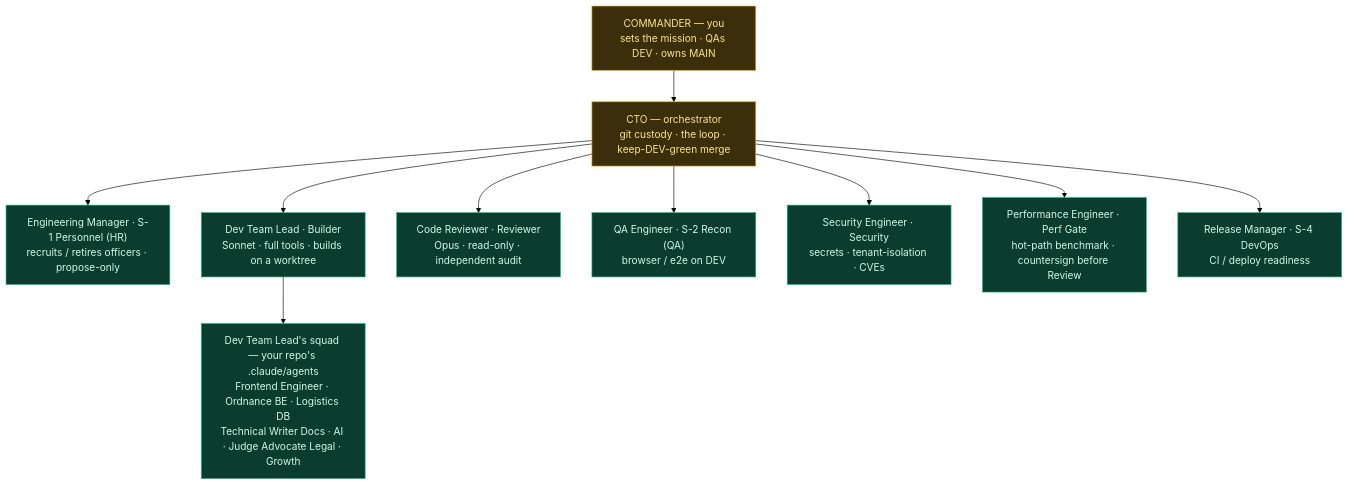
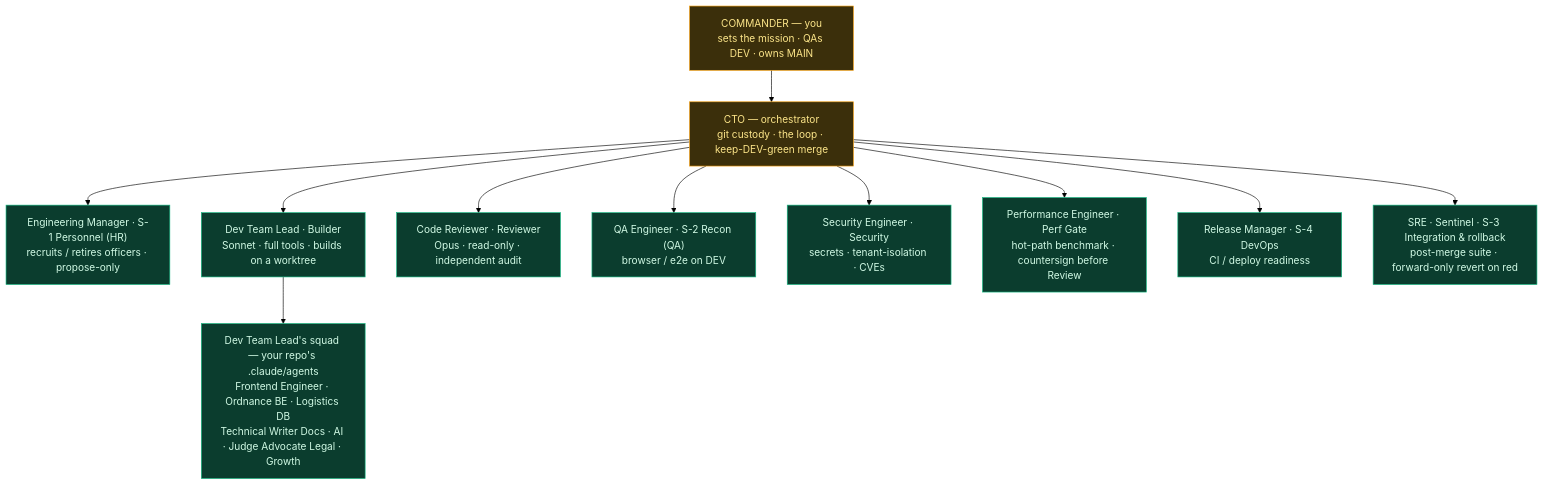
Before and after one commit to roman-berlin/Elite-Squad: the first of 3 diagrams in ORG.md, drawn with Mermaid (forest theme). The commit also changed other lines of this file and 3 other files, not shown here.

````diff
--- a/ORG.md
+++ b/ORG.md
@@ -13,22 +13,23 @@
 ```mermaid
 graph TD
     C["COMMANDER — you<br/>sets the mission · QAs DEV · owns MAIN"]
     G["CTO — orchestrator<br/>git custody · the loop · keep-DEV-green merge"]
     C --> G
 
     G --> ADJ["Engineering Manager · S-1 Personnel (HR)<br/>recruits / retires officers · propose-only"]
     G --> ENG["Dev Team Lead · Builder<br/>Sonnet · full tools · builds on a worktree"]
     G --> INS["Code Reviewer · Reviewer<br/>Opus · read-only · independent audit"]
     G --> SCT["QA Engineer · S-2 Recon (QA)<br/>browser / e2e on DEV"]
     G --> PRV["Security Engineer · Security<br/>secrets · tenant-isolation · CVEs"]
     G --> PE["Performance Engineer · Perf Gate<br/>hot-path benchmark · countersign before Review"]
     G --> QM["Release Manager · S-4 DevOps<br/>CI / deploy readiness"]
+    G --> SN["SRE · Sentinel · S-3 Integration & rollback<br/>post-merge suite · forward-only revert on red"]
 
     ENG --> SQ["Dev Team Lead's squad — your repo's .claude/agents<br/>Frontend Engineer · Ordnance BE · Logistics DB<br/>Technical Writer Docs · AI · Judge Advocate Legal · Growth"]
 
     classDef command fill:#3b2f0b,stroke:#f59e0b,color:#fde68a;
     classDef active fill:#0b3d2e,stroke:#10b981,color:#d1fae5;
     classDef planned fill:#1f2937,stroke:#6b7280,color:#9ca3af,stroke-dasharray:5 5;
     class C,G command;
-    class ADJ,ENG,INS,SCT,PRV,PE,QM,SQ active;
+    class ADJ,ENG,INS,SCT,PRV,PE,QM,SN,SQ active;
 ```
````
